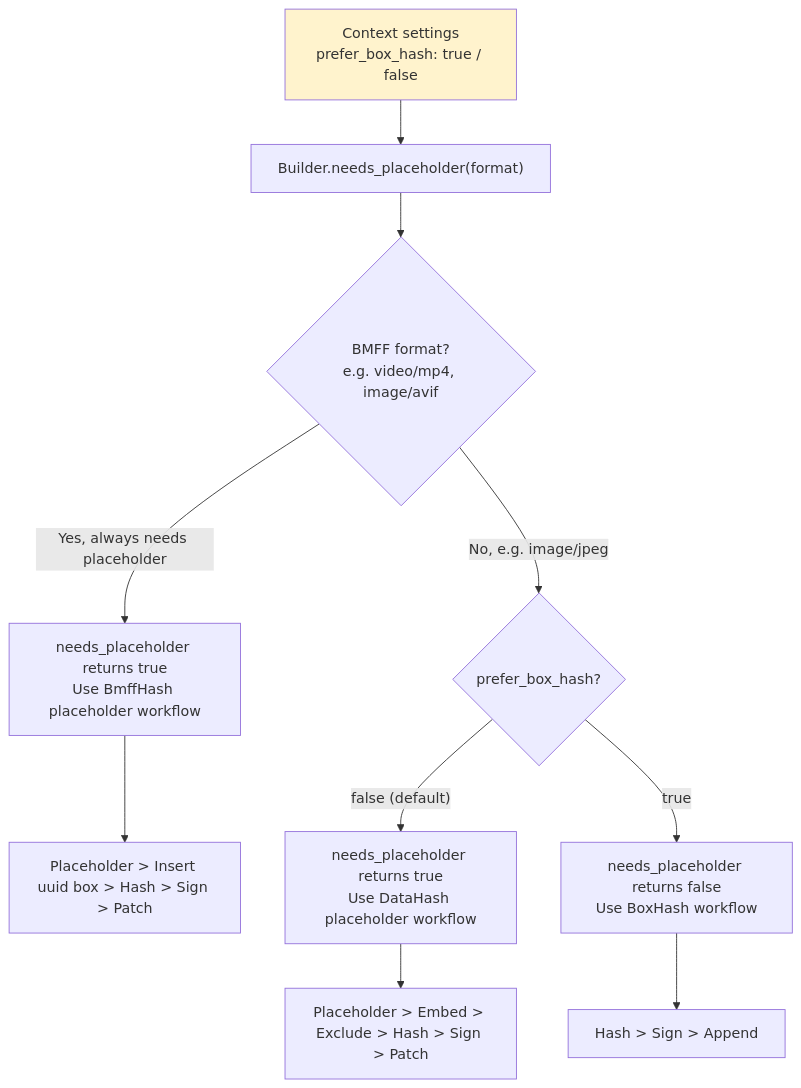
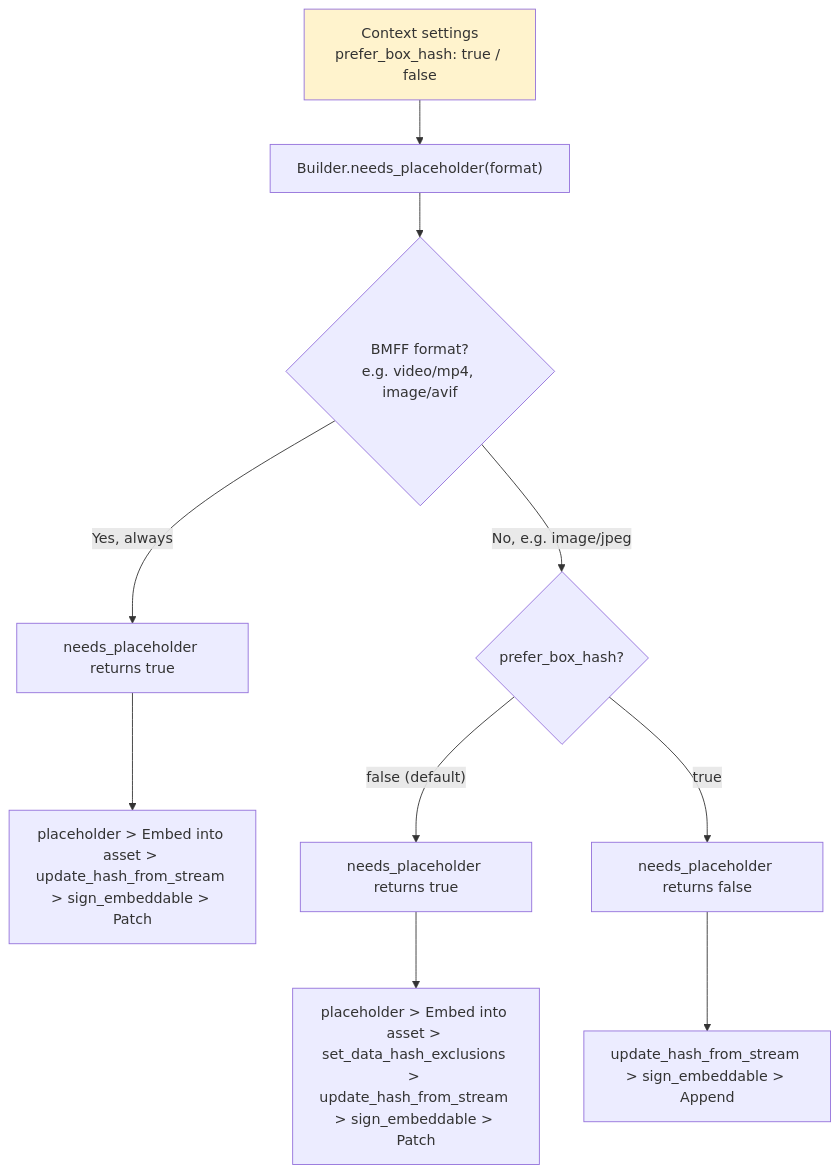
The first of 8 diagrams in docs/embeddable-api.md (contentauth/c2pa-c), drawn with Mermaid before and after one commit.

````diff
--- a/docs/embeddable-api.md
+++ b/docs/embeddable-api.md
@@ -51,17 +51,20 @@
 ```mermaid
 flowchart TD
     Settings["Context settings<br/>prefer_box_hash: true / false"]
     Start["Builder.needs_placeholder(format)"]
 
     Settings --> Start
     Start --> IsBmff{BMFF format?<br/>e.g. video/mp4, image/avif}
-    IsBmff -->|Yes, always needs placeholder| BmffWorkflow["needs_placeholder returns true<br/>Use BmffHash placeholder workflow"]
-    BmffWorkflow --> BmffSteps["Placeholder > Insert uuid box > Hash > Sign > Patch"]
+    IsBmff -->|Yes, always| BmffTrue["needs_placeholder returns true"]
+    BmffTrue --> BmffSteps["placeholder > Embed into asset > update_hash_from_stream > sign_embeddable > Patch"]
+
     IsBmff -->|No, e.g. image/jpeg| BoxCheck{"prefer_box_hash?"}
-    BoxCheck -->|"false (default)"| DataHashWorkflow["needs_placeholder returns true<br/>Use DataHash placeholder workflow"]
-    DataHashWorkflow --> DHSteps["Placeholder > Embed > Exclude > Hash > Sign > Patch"]
-    BoxCheck -->|"true"| BoxHashWorkflow["needs_placeholder returns false<br/>Use BoxHash workflow"]
-    BoxHashWorkflow --> BHSteps["Hash > Sign > Append"]
+
+    BoxCheck -->|"false (default)"| DHTrue["needs_placeholder returns true"]
+    DHTrue --> DHSteps["placeholder > Embed into asset > set_data_hash_exclusions > update_hash_from_stream > sign_embeddable > Patch"]
+
+    BoxCheck -->|"true"| BHFalse["needs_placeholder returns false"]
+    BHFalse --> BHSteps["update_hash_from_stream > sign_embeddable > Append"]
 
     style Settings fill:#fff3cd
 ```
````
